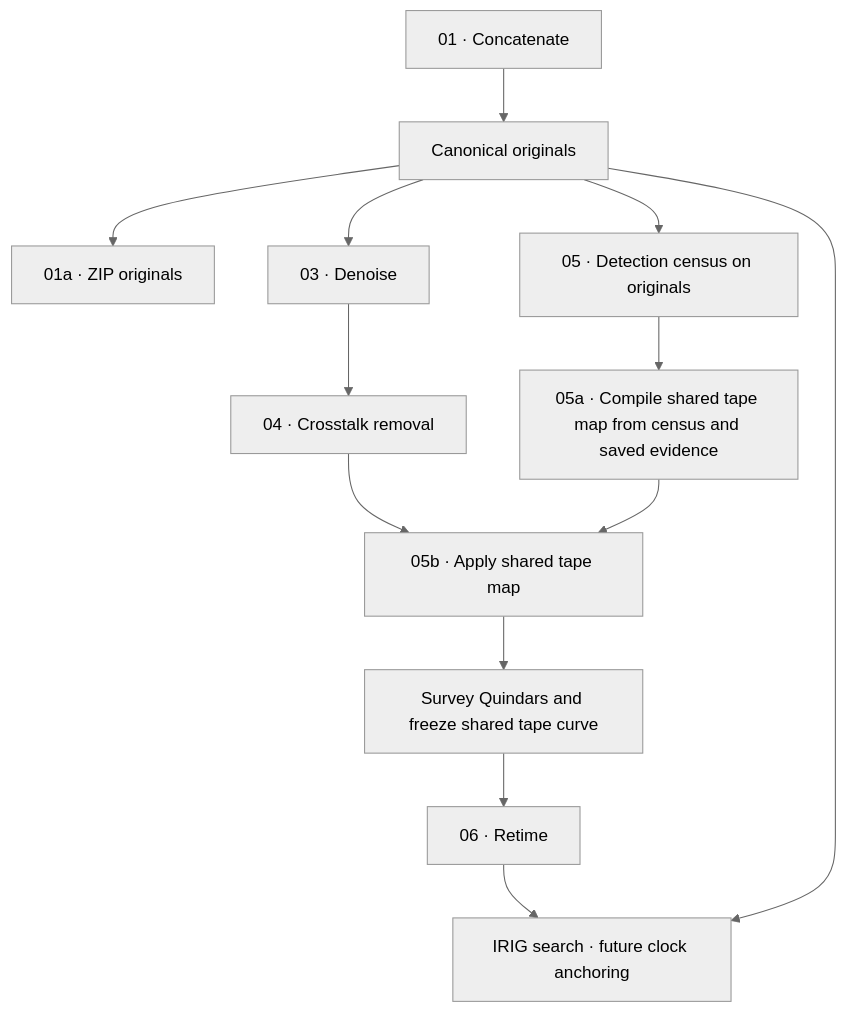
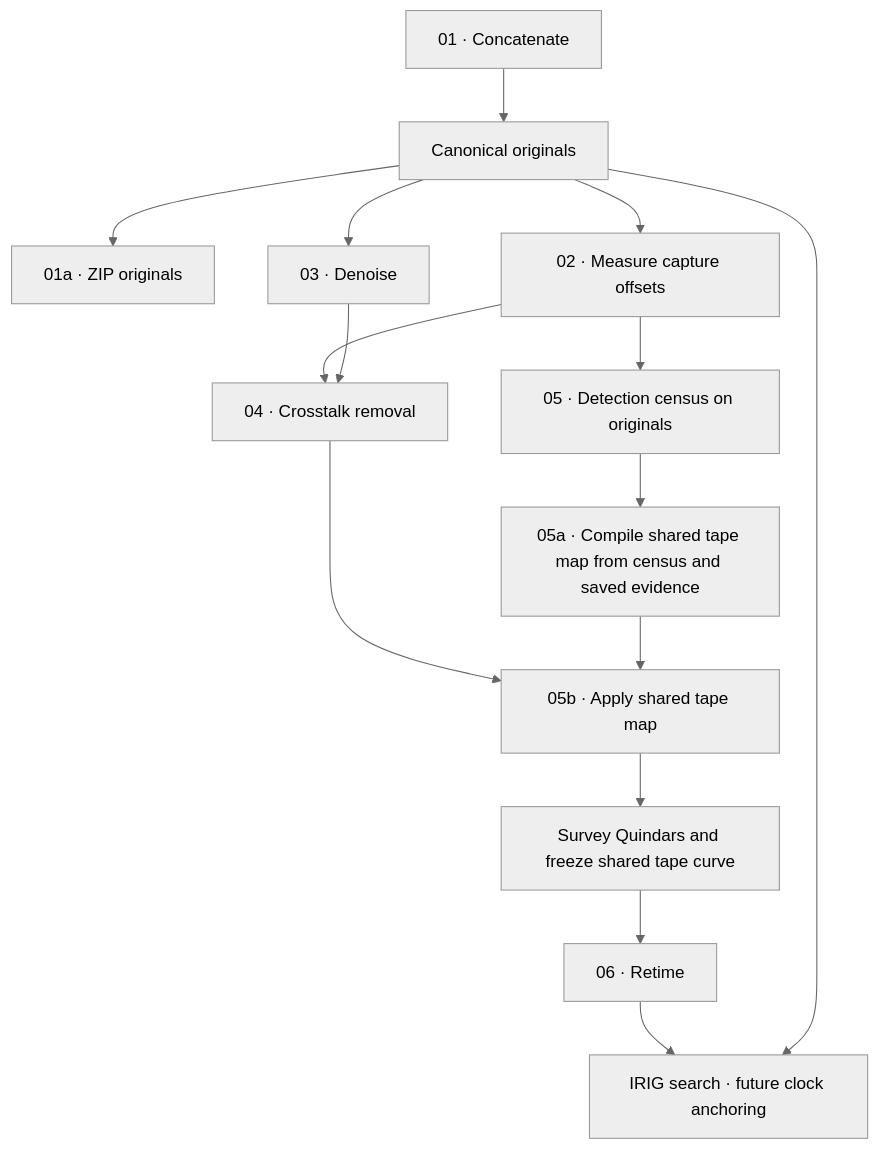
Before and after one commit to bfeist/Apollo_15: the diagram in README.md, drawn with Mermaid (neutral theme). The commit also changed other lines of this file and 107 other files, not shown here.

````diff
--- a/README.md
+++ b/README.md
@@ -51,15 +58,17 @@
 ```mermaid
 flowchart TD
     A[01 · Concatenate] --> B[Canonical originals]
     B --> C[01a · ZIP originals]
     B --> D[03 · Denoise]
-    B --> K[05 · Detection census on originals]
+    B --> R[02 · Measure capture offsets]
+    R --> K[05 · Detection census on originals]
+    R --> X[04 · Crosstalk removal]
     K --> E[05a · Compile shared tape map from census and saved evidence]
     D --> X[04 · Crosstalk removal]
     X --> F[05b · Apply shared tape map]
     E --> F
     F --> G[Survey Quindars and freeze shared tape curve]
     G --> H[06 · Retime]
     H --> I[07 · Speech normalization]
     B --> I[IRIG search · future clock anchoring]
 ```
````
